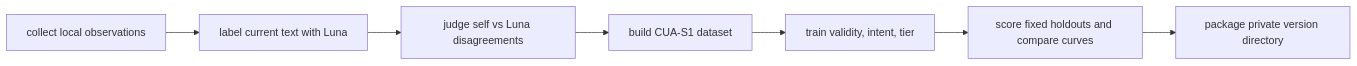
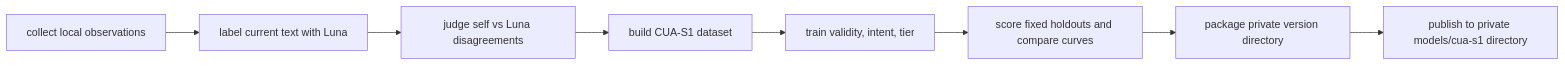
One commit to dyphn1/Harness-everything changed the diagram in docs/system-one-cycle.md. Above: the diagram before and after it, drawn with Mermaid. The commit also changed other lines of this file and 26 other files, not shown here.

````diff
--- a/docs/system-one-cycle.md
+++ b/docs/system-one-cycle.md
@@ -5,9 +5,10 @@
 ```mermaid
 flowchart LR
   A[collect local observations] --> B[label current text with Luna]
   B --> C[judge self vs Luna disagreements]
   C --> D[build CUA-S1 dataset]
   D --> E[train validity, intent, tier]
   E --> F[score fixed holdouts and compare curves]
   F --> G[package private version directory]
+  G --> H[publish to private models/cua-s1 directory]
 ```
````
